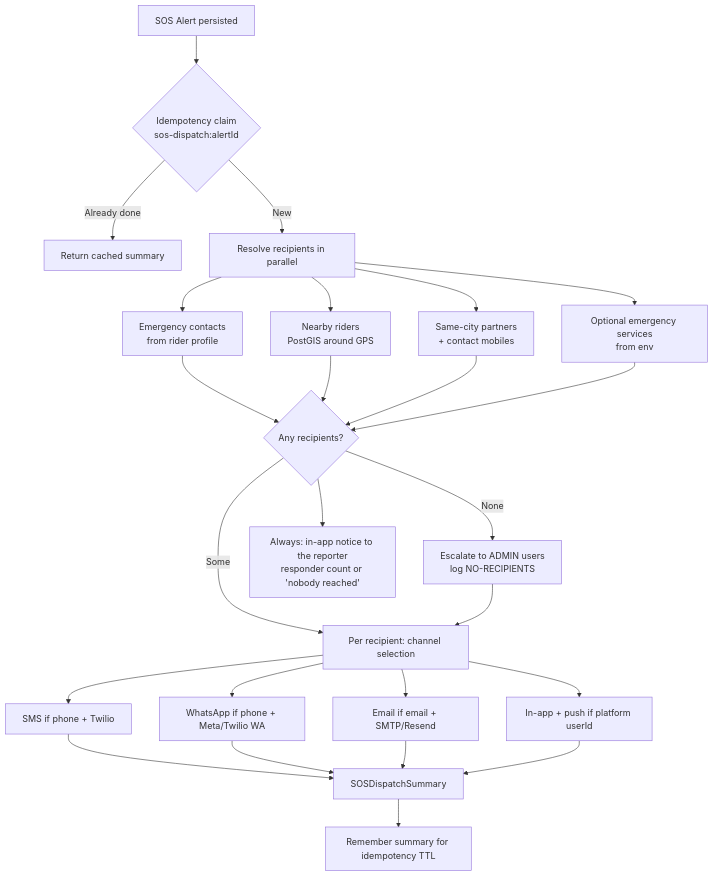
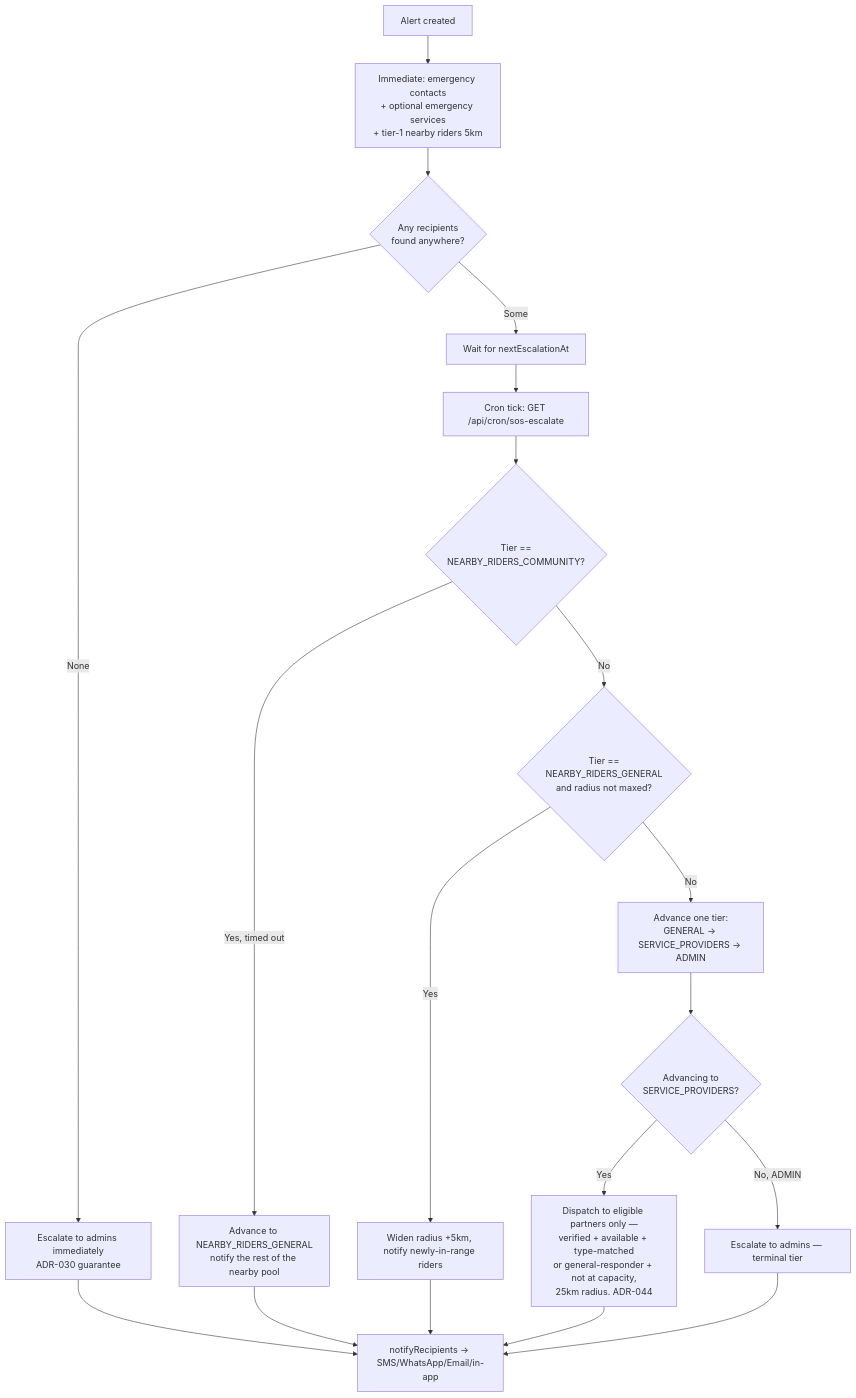
Before and after one commit to RiteshKumarNitk/bikie: the third of 5 diagrams in .docs/SOS.md, drawn with Mermaid. The commit also changed other lines of this file and 57 other files, not shown here.

Commit message:
feat: implement SOS alert system with location-based dispatch and partner response features

````diff
--- a/.docs/SOS.md
+++ b/.docs/SOS.md
@@ -85,33 +99,24 @@
 ```mermaid
 flowchart TB
-  Alert[SOS Alert persisted] --> Idem{Idempotency claim<br/>sos-dispatch:alertId}
-  Idem -->|Already done| Replay[Return cached summary]
-  Idem -->|New| Resolve[Resolve recipients in parallel]
+  Create[Alert created] --> Immediate[Immediate: emergency contacts<br/>+ optional emergency services<br/>+ tier-1 nearby riders 5km]
+  Immediate --> Zero{Any recipients<br/>found anywhere?}
+  Zero -->|None| EscAdmin1[Escalate to admins immediately<br/>ADR-030 guarantee]
+  Zero -->|Some| Wait[Wait for nextEscalationAt]
 
-  Resolve --> EC[Emergency contacts<br/>from rider profile]
-  Resolve --> NR[Nearby riders<br/>PostGIS around GPS]
-  Resolve --> SP[Same-city partners<br/>+ contact mobiles]
-  Resolve --> ES[Optional emergency services<br/>from env]
+  Wait --> Tick[Cron tick: GET /api/cron/sos-escalate]
+  Tick --> Community{Tier ==<br/>NEARBY_RIDERS_COMMUNITY?}
+  Community -->|Yes, timed out| General[Advance to NEARBY_RIDERS_GENERAL<br/>notify the rest of the nearby pool]
+  Community -->|No| RiderTier{Tier ==<br/>NEARBY_RIDERS_GENERAL<br/>and radius not maxed?}
+  RiderTier -->|Yes| Widen[Widen radius +5km, notify newly-in-range riders]
+  RiderTier -->|No| NextTier[Advance one tier:<br/>GENERAL → SERVICE_PROVIDERS → ADMIN]
 
-  EC --> Count{Any recipients?}
-  NR --> Count
-  SP --> Count
-  ES --> Count
+  NextTier --> SP{Advancing to<br/>SERVICE_PROVIDERS?}
+  SP -->|Yes| Eligible[Dispatch to eligible partners only —<br/>verified + available + type-matched<br/>or general-responder + not at capacity,<br/>25km radius. ADR-044]
+  SP -->|No, ADMIN| EscAdmin2[Escalate to admins — terminal tier]
 
-  Count -->|None| Esc[Escalate to ADMIN users<br/>log NO-RECIPIENTS]
-  Count -->|Some| Chan
-  Esc --> Chan
-
-  Count --> Self[Always: in-app notice to the reporter<br/>responder count or 'nobody reached']
-
-  Chan[Per recipient: channel selection] --> SMS[SMS if phone + Twilio]
-  Chan --> WA[WhatsApp if phone + Meta/Twilio WA]
-  Chan --> EM[Email if email + SMTP/Resend]
-  Chan --> APP[In-app + push if platform userId]
-
-  SMS --> Sum[SOSDispatchSummary]
-  WA --> Sum
-  EM --> Sum
-  APP --> Sum
-  Sum --> Remember[Remember summary for idempotency TTL]
+  General --> Notify[notifyRecipients → SMS/WhatsApp/Email/in-app]
+  Widen --> Notify
+  Eligible --> Notify
+  EscAdmin1 --> Notify
+  EscAdmin2 --> Notify
 ```
````
